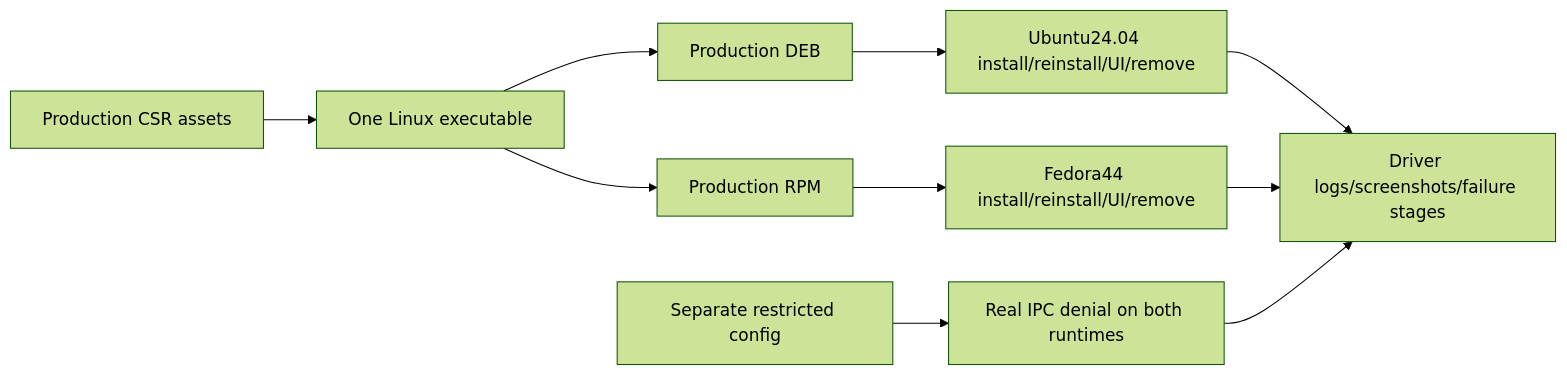
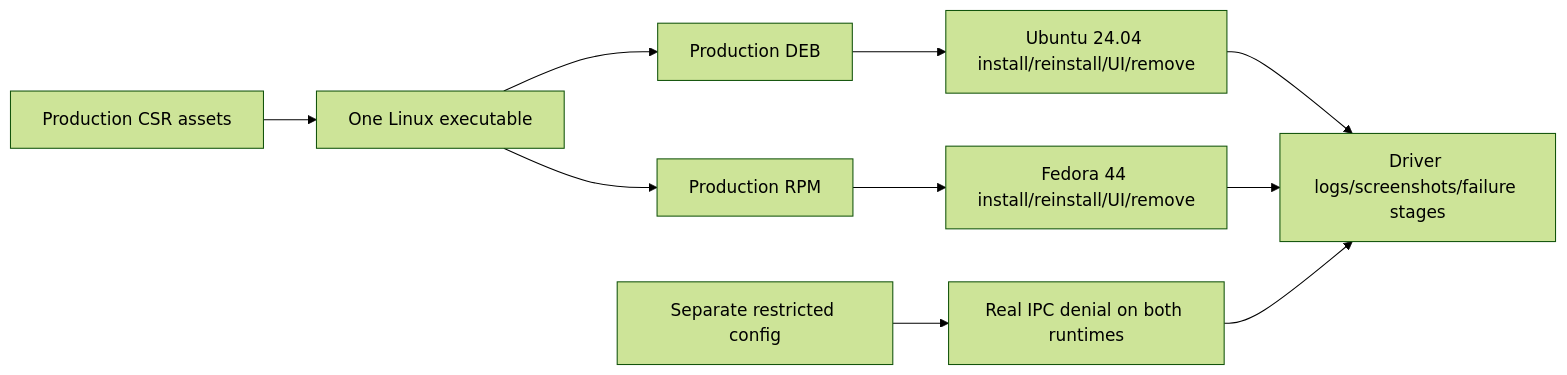
Before and after one commit to kmosoti/rust-ui-template: the seventh of 8 diagrams in docs/architecture.md, drawn with Mermaid (forest theme). The commit also changed other lines of this file and 6 other files, not shown here.

````diff
--- a/docs/architecture.md
+++ b/docs/architecture.md
@@ -215,12 +221,12 @@
 ```mermaid
 flowchart LR
   Assets[Production CSR assets] --> Binary[One Linux executable]
   Binary --> Deb[Production DEB]
   Binary --> Rpm[Production RPM]
-  Deb --> Ubuntu[Ubuntu24.04 install/reinstall/UI/remove]
-  Rpm --> Fedora[Fedora44 install/reinstall/UI/remove]
+  Deb --> Ubuntu[Ubuntu 24.04 install/reinstall/UI/remove]
+  Rpm --> Fedora[Fedora 44 install/reinstall/UI/remove]
   Fixture[Separate restricted config] --> Denial[Real IPC denial on both runtimes]
   Ubuntu --> Evidence[Driver logs/screenshots/failure stages]
   Fedora --> Evidence
   Denial --> Evidence
 ```
````
